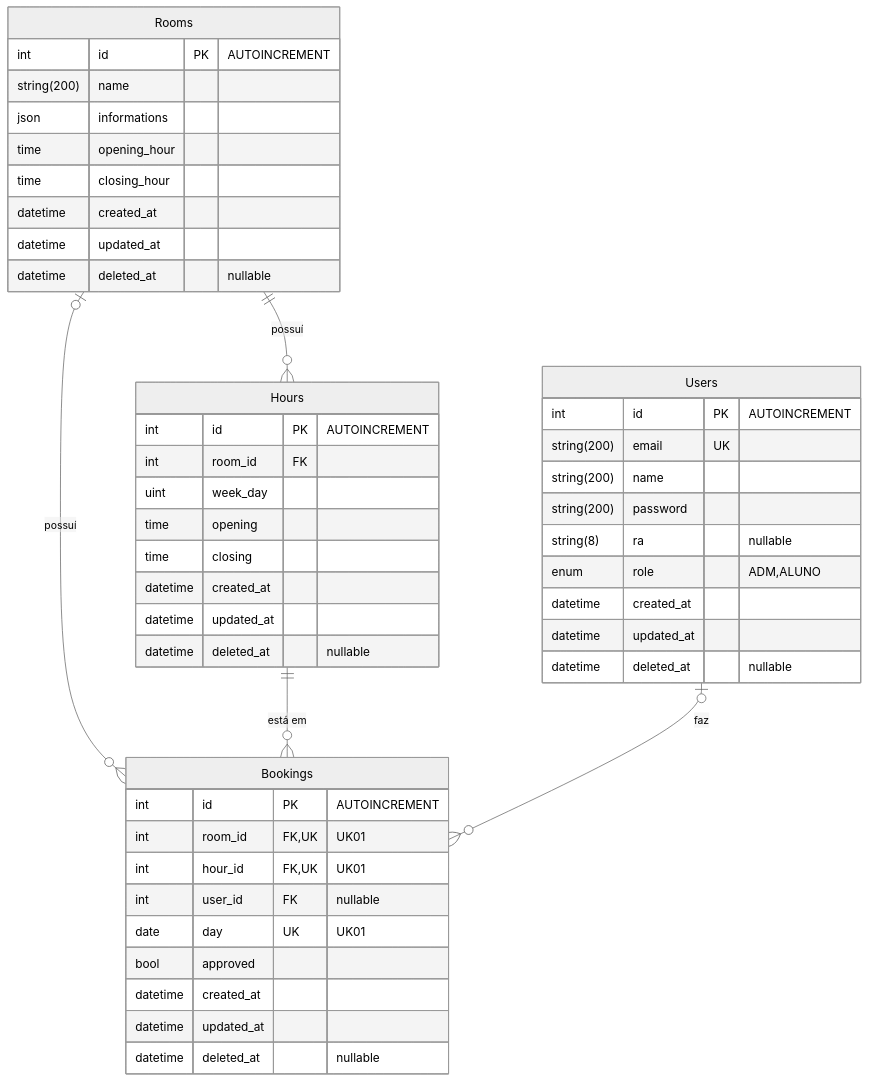
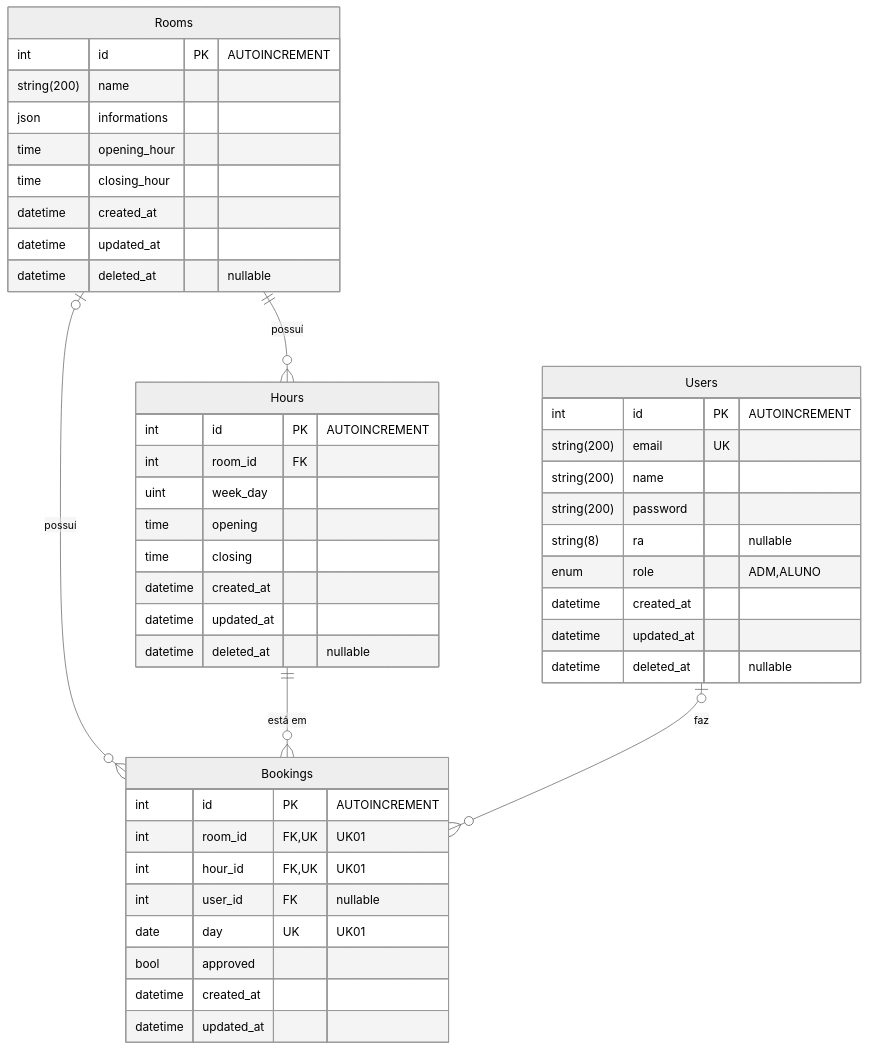
The diagram in docs/er_diagram.md (afmireski/OPT120-projeto-final-api), drawn with Mermaid (neutral theme) before and after one commit.

Commit message:
docs: Update ER

````diff
--- a/docs/er_diagram.md
+++ b/docs/er_diagram.md
@@ -1,54 +1,53 @@
 ```mermaid
 erDiagram
     Users {
         int id PK "AUTOINCREMENT"
         string(200) email UK
         string(200) name
         string(200) password
         string(8) ra "nullable"
         enum role "ADM,ALUNO"
         datetime created_at
         datetime updated_at
         datetime deleted_at "nullable"
     }
 
     Rooms {
         int id PK "AUTOINCREMENT"
         string(200) name
         json informations
         time opening_hour
         time closing_hour
         datetime created_at
         datetime updated_at
         datetime deleted_at "nullable"
     }
 
     Hours {
         int id PK "AUTOINCREMENT"
         int room_id FK
         uint week_day
         time opening
         time closing
         datetime created_at
         datetime updated_at
         datetime deleted_at "nullable"
     }
     
     Bookings {
         int id PK "AUTOINCREMENT"
         int room_id FK,UK "UK01"
         int hour_id FK,UK "UK01"
         int user_id FK "nullable"
         date day UK "UK01"
         bool approved
         datetime created_at
         datetime updated_at
-        datetime deleted_at "nullable"
     }
 
     Rooms ||--o{ Hours : "possuí"
     Rooms |o--o{ Bookings : "possuí"
     Hours ||--o{ Bookings : "está em"
     Users |o--o{ Bookings : "faz"
 
 ```
````
